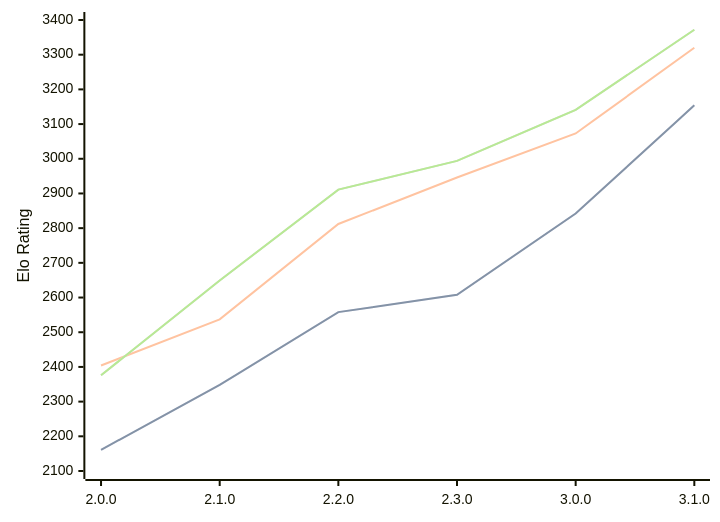
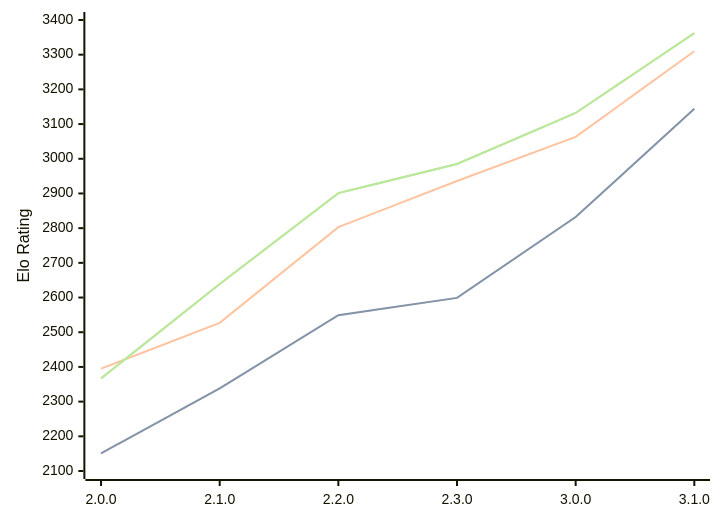
Before and after one commit to computer-chess-index/cci: the diagram in engines/Raphael.md, drawn with Mermaid. The commit also changed other lines of this file, not shown here.

Commit message:
Update CCI Ratings (ELO VLTC) - 2026-03-19

````diff
--- a/engines/Raphael.md
+++ b/engines/Raphael.md
@@ -46,11 +46,11 @@
 ```mermaid
 %%{init: {"theme":"base","themeVariables":{"seriesColors:['#a3a3a3','#222221','#faa371']}}}%%
 xychart-beta
   x-axis ["2.0.0", "2.1.0", "2.2.0", "2.3.0", "3.0.0", "3.1.0"]
   y-axis "Elo Rating" 2100 --> 3400
-  line "STC (8.0+0.08s)" [2161, 2348, 2558, 2608, 2842, 3154]
-  line "STC (8.0+0.08s)" [2161, 2348, 2558, 2608, 2842, 3154]
-  line "LTC (60.0+0.60s)" [2404, 2537, 2812, 2946, 3073, 3320]
-  line "VLTC (2m24s+1.12s)" [2376, 2649, 2911, 2994, 3141, 3372]
-  line "VLTC (2m24s+1.12s)" [2376, 2649, 2911, 2994, 3141, 3372]
+  line "STC (8.0+0.08s)" [2151, 2338, 2549, 2599, 2832, 3144]
+  line "STC (8.0+0.08s)" [2151, 2338, 2549, 2599, 2832, 3144]
+  line "LTC (60.0+0.60s)" [2395, 2527, 2803, 2936, 3063, 3310]
+  line "VLTC (2m24s+1.12s)" [2367, 2639, 2901, 2985, 3132, 3362]
+  line "VLTC (2m24s+1.12s)" [2367, 2639, 2901, 2985, 3132, 3362]
 ```
````
